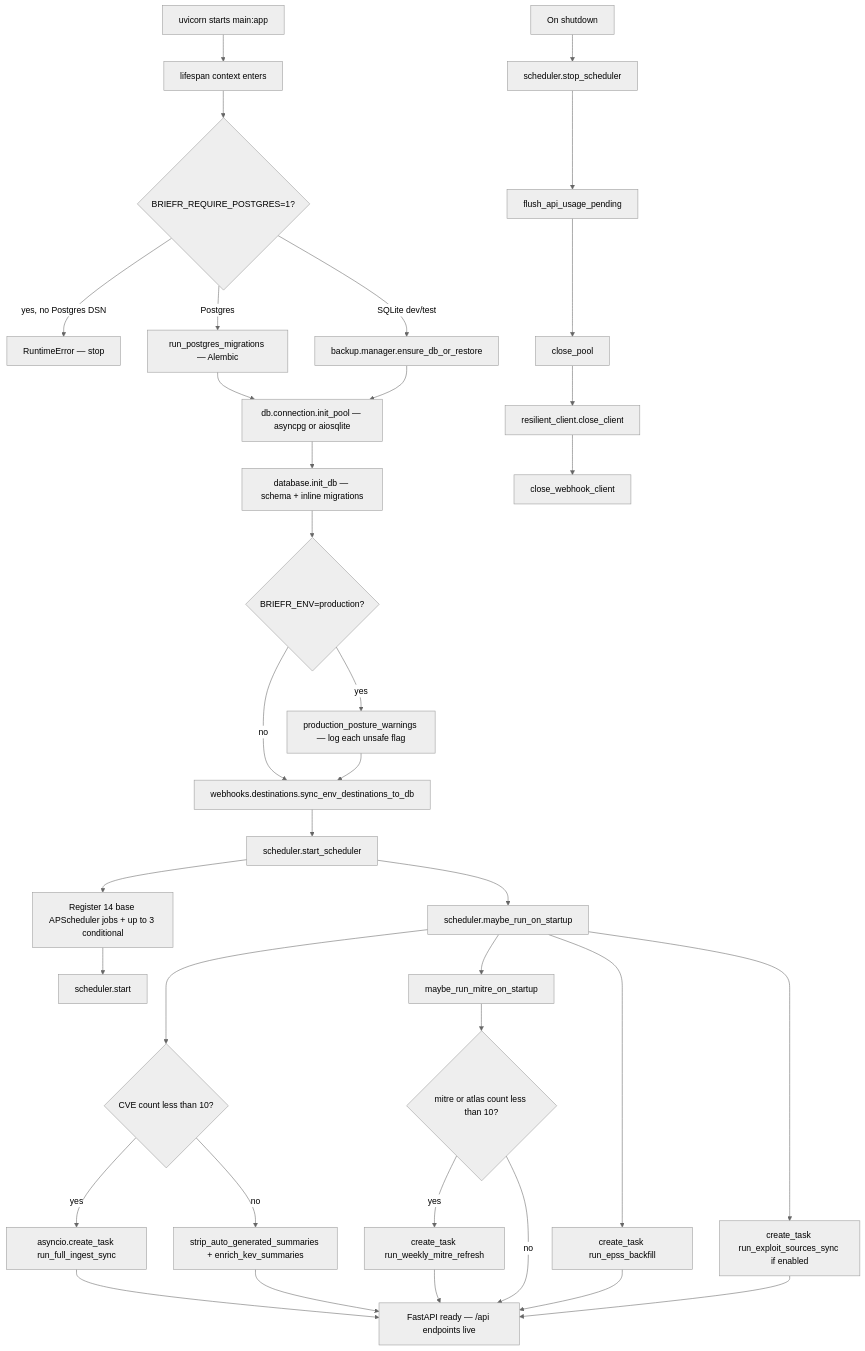
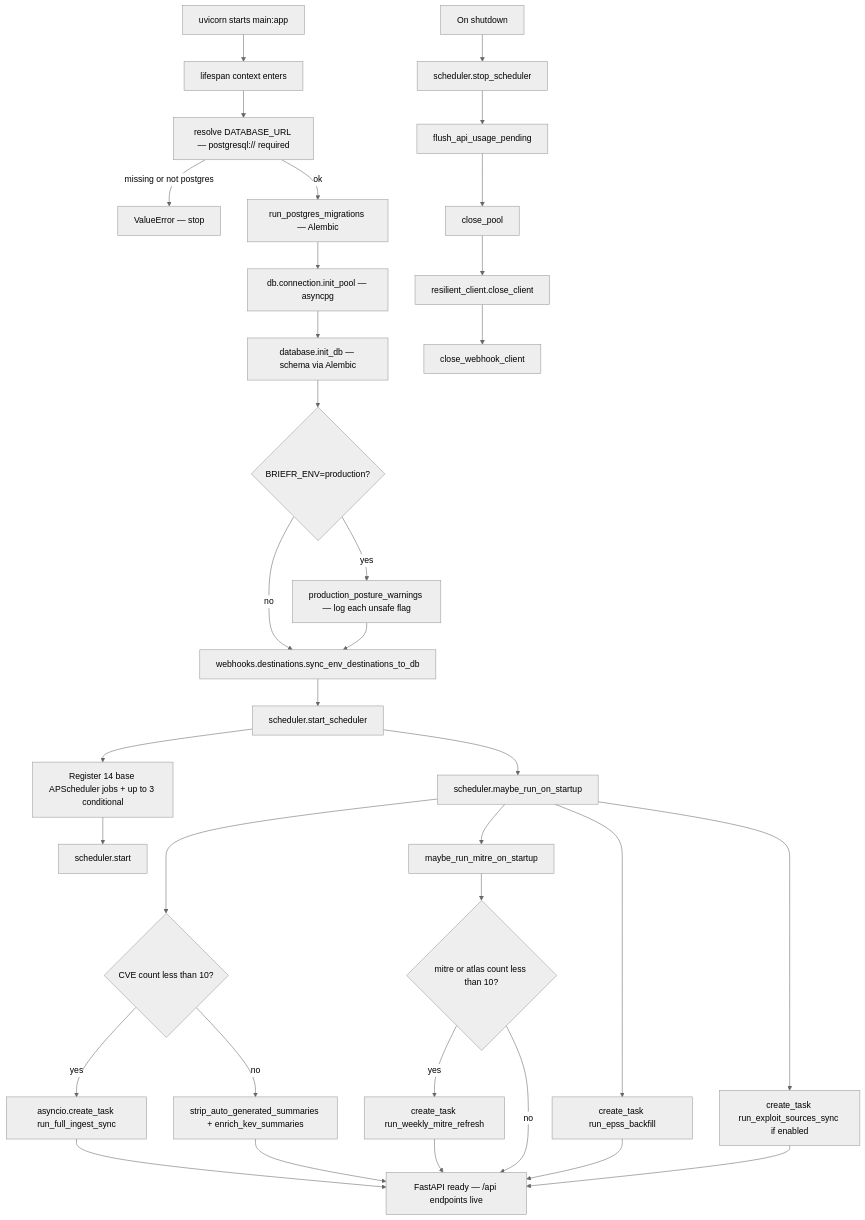
The diagram in docs/diagrams/startup.mermaid (Soldier0x0/briefr), drawn with Mermaid (neutral theme) before and after one commit. The commit also changed 67 other files, not shown here.

```diff
--- a/docs/diagrams/startup.mermaid
+++ b/docs/diagrams/startup.mermaid
@@ -1,37 +1,35 @@
 flowchart TD
   A[uvicorn starts main:app] --> B[lifespan context enters]
-  B --> C{BRIEFR_REQUIRE_POSTGRES=1?}
-  C -->|yes, no Postgres DSN| C_FAIL[RuntimeError — stop]
-  C -->|Postgres| D1[run_postgres_migrations — Alembic]
-  C -->|SQLite dev/test| D2[backup.manager.ensure_db_or_restore]
-  D1 --> E[db.connection.init_pool — asyncpg or aiosqlite]
-  D2 --> E
-  E --> F[database.init_db — schema + inline migrations]
+  B --> C[resolve DATABASE_URL — postgresql:// required]
+  C -->|missing or not postgres| C_FAIL[ValueError — stop]
+  C -->|ok| D1[run_postgres_migrations — Alembic]
+  D1 --> E[db.connection.init_pool — asyncpg]
+  E --> F[database.init_db — schema via Alembic]
   F --> G{BRIEFR_ENV=production?}
   G -->|yes| G1[production_posture_warnings — log each unsafe flag]
   G -->|no| H
   G1 --> H[webhooks.destinations.sync_env_destinations_to_db]
   H --> I[scheduler.start_scheduler]
   I --> I1[Register 14 base APScheduler jobs + up to 3 conditional]
   I1 --> I2[scheduler.start]
   I --> J[scheduler.maybe_run_on_startup]
   J --> J1{CVE count less than 10?}
   J1 -->|yes| J2[asyncio.create_task run_full_ingest_sync]
   J1 -->|no| J3[strip_auto_generated_summaries + enrich_kev_summaries]
   J --> K[maybe_run_mitre_on_startup]
   K --> K1{mitre or atlas count less than 10?}
   K1 -->|yes| K2[create_task run_weekly_mitre_refresh]
   J --> L[create_task run_epss_backfill]
   J --> M[create_task run_exploit_sources_sync if enabled]
   J2 --> N[FastAPI ready — /api endpoints live]
   J3 --> N
   K2 --> N
   K1 -->|no| N
   L --> N
   M --> N
 
   O[On shutdown] --> O1[scheduler.stop_scheduler]
   O1 --> O2[flush_api_usage_pending]
   O2 --> O3[close_pool]
   O3 --> O4[resilient_client.close_client]
   O4 --> O5[close_webhook_client]
```
